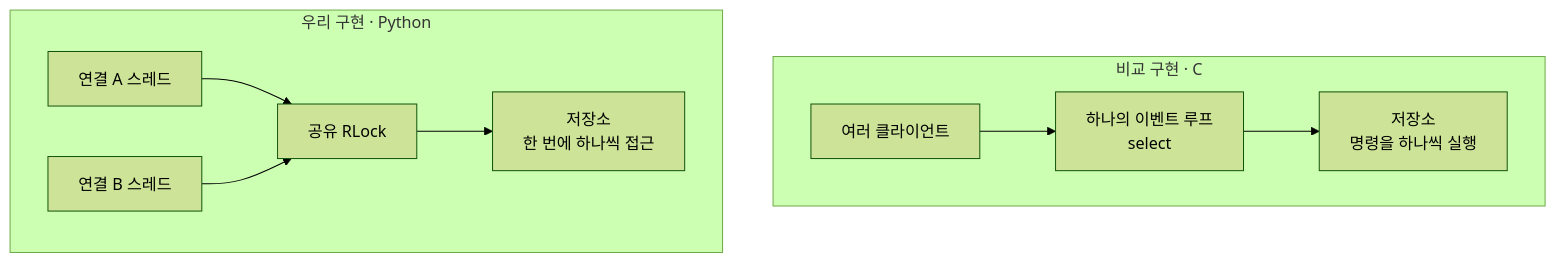
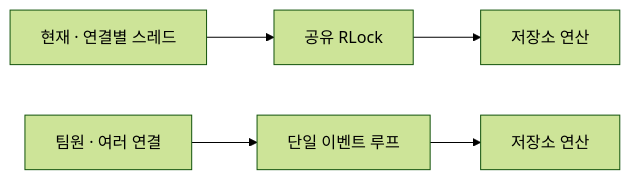
One commit to woojinnj/mini-redis changed the second of 6 diagrams in README.md. Above: the diagram before and after it, drawn with Mermaid (forest theme). The commit also changed other lines of this file and 1 other file, not shown here.

````diff
--- a/README.md
+++ b/README.md
@@ -36,14 +36,5 @@
 ```mermaid
-flowchart TB
-    subgraph OTHER["비교 구현 · C"]
-        direction LR
-        OC["여러 클라이언트"] --> OE["하나의 이벤트 루프<br/>select"]
-        OE --> OS["저장소<br/>명령을 하나씩 실행"]
-    end
-    subgraph OURS["우리 구현 · Python"]
-        direction LR
-        WA["연결 A 스레드"] --> L["공유 RLock"]
-        WB["연결 B 스레드"] --> L
-        L --> WS["저장소<br/>한 번에 하나씩 접근"]
-    end
+flowchart LR
+    A["현재 · 연결별 스레드"] --> L["공유 RLock"] --> S["저장소 연산"]
+    B["팀원 · 여러 연결"] --> E["단일 이벤트 루프"] --> T["저장소 연산"]
 ```
````
